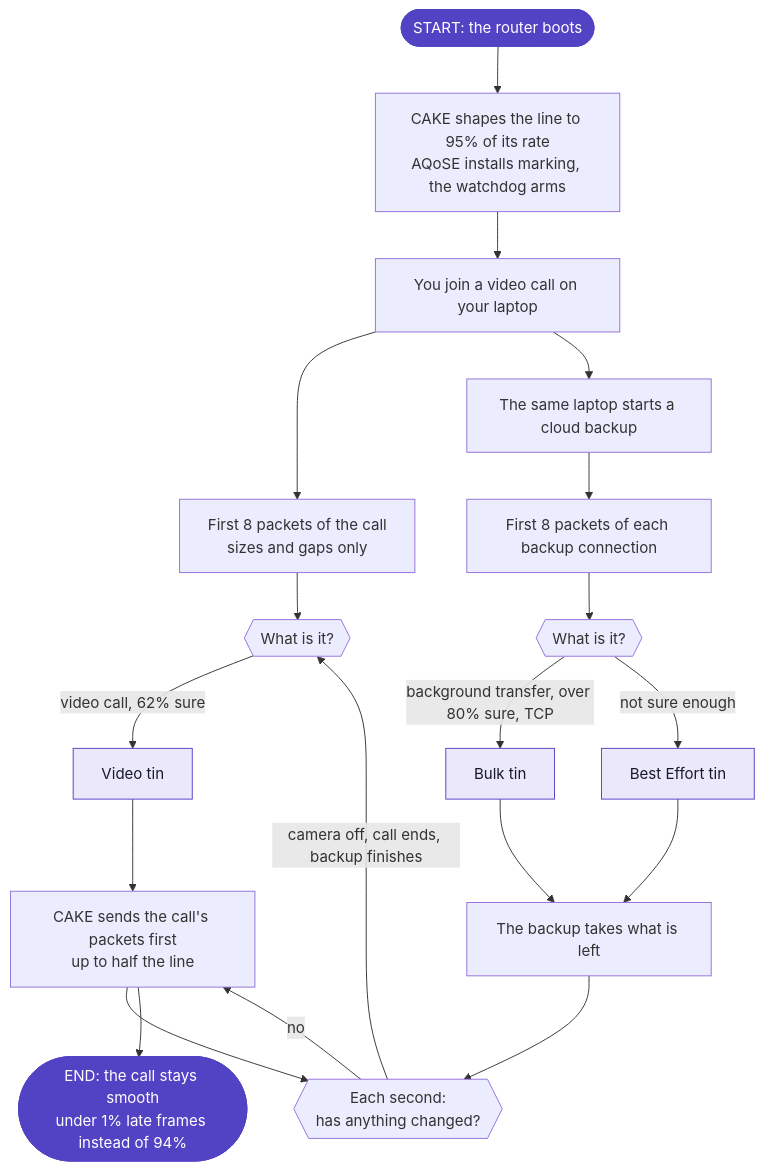
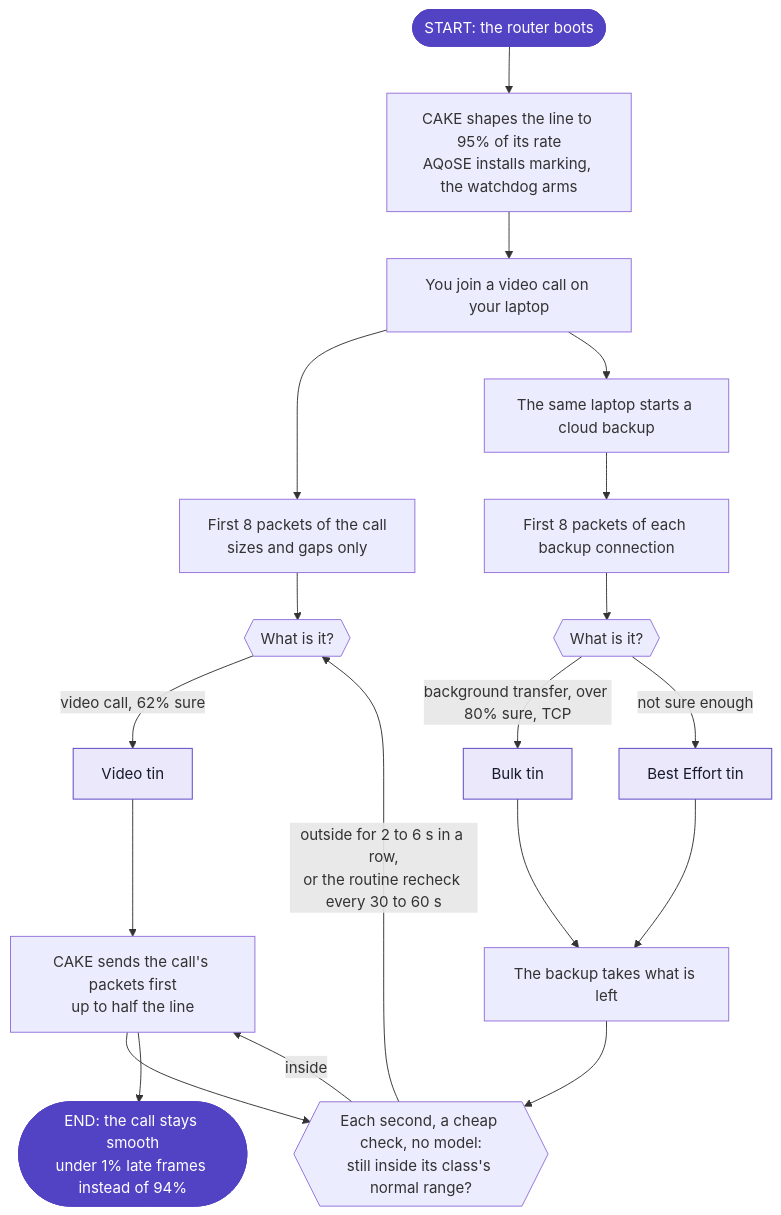
One commit to shreyashsri79/AQoSE-Adaptive-Quality-of-Service-Engine- changed the diagram in reports/paper/diagrams/activity.mmd. Above: the diagram before and after it, drawn with Mermaid. The commit also changed 8 other files, not shown here.

Commit message:
Report: the per-second step is a range check; the classifier runs again only on a breach or a routine recheck

```diff
--- a/reports/paper/diagrams/activity.mmd
+++ b/reports/paper/diagrams/activity.mmd
@@ -1,23 +1,23 @@
 flowchart TD
     S(["START: the router boots"]) --> A["CAKE shapes the line to 95% of its rate<br/>AQoSE installs marking, the watchdog arms"]
     A --> B["You join a video call on your laptop"]
     B --> C["First 8 packets of the call<br/>sizes and gaps only"]
     C --> D{{"What is it?"}}
     D -->|"video call, 62% sure"| E["Video tin"]
     B --> F["The same laptop starts a cloud backup"]
     F --> G["First 8 packets of each backup connection"]
     G --> H{{"What is it?"}}
     H -->|"background transfer, over 80% sure, TCP"| I["Bulk tin"]
     H -->|"not sure enough"| J["Best Effort tin"]
     E --> K["CAKE sends the call's packets first<br/>up to half the line"]
     I --> L["The backup takes what is left"]
     J --> L
-    K --> M{{"Each second:<br/>has anything changed?"}}
+    K --> M{{"Each second, a cheap check, no model:<br/>still inside its class's normal range?"}}
     L --> M
-    M -->|"camera off, call ends, backup finishes"| D
-    M -->|"no"| K
+    M -->|"outside for 2 to 6 s in a row,<br/>or the routine recheck every 30 to 60 s"| D
+    M -->|"inside"| K
     K --> N(["END: the call stays smooth<br/>under 1% late frames instead of 94%"])
     classDef ends fill:#5242c4,stroke:#5242c4,color:#ffffff
     classDef tin fill:#ebe8fb,stroke:#5242c4,color:#171a2b
     class S,N ends
     class E,I,J tin
```
